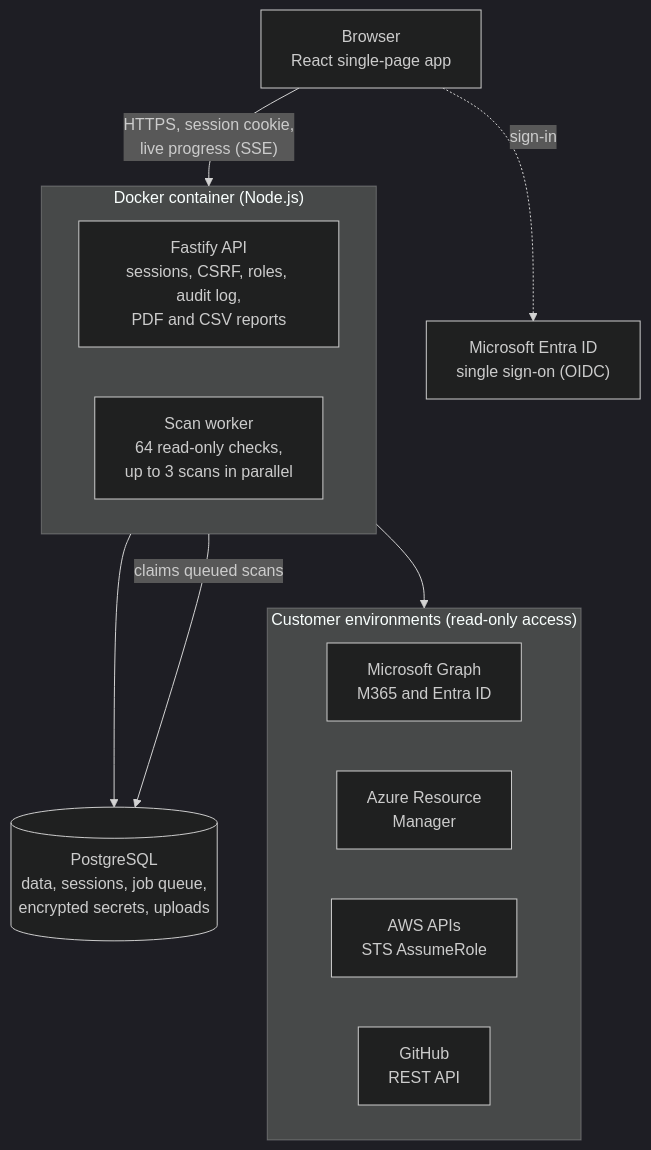
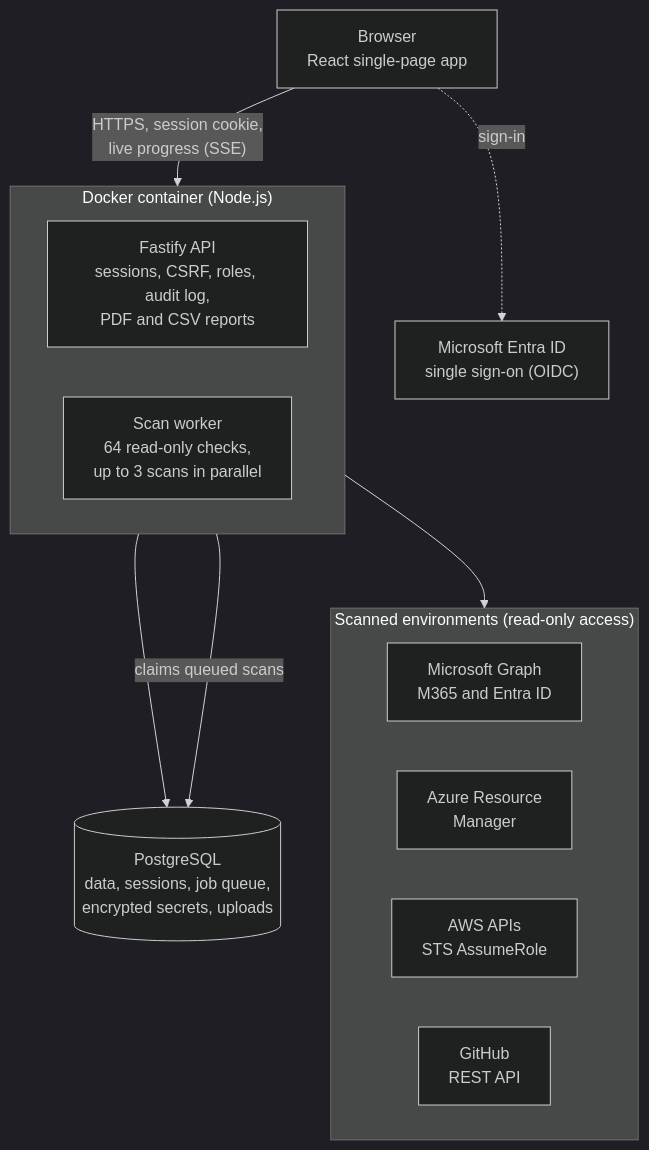
One commit to yopazerbot/security-quickscan changed the diagram in README.md. Above: the diagram before and after it, drawn with Mermaid (dark theme). The commit also changed other lines of this file and 45 other files, not shown here.

````diff
--- a/README.md
+++ b/README.md
@@ -229,23 +227,23 @@
 ```mermaid
 flowchart TB
   SPA["Browser<br/>React single-page app"]
   IDP["Microsoft Entra ID<br/>single sign-on (OIDC)"]
   subgraph Container["Docker container (Node.js)"]
     direction LR
     API["Fastify API<br/>sessions, CSRF, roles, audit log,<br/>PDF and CSV reports"]
     WRK["Scan worker<br/>64 read-only checks,<br/>up to 3 scans in parallel"]
   end
   DB[("PostgreSQL<br/>data, sessions, job queue,<br/>encrypted secrets, uploads")]
-  subgraph Customer["Customer environments (read-only access)"]
+  subgraph Scanned["Scanned environments (read-only access)"]
     direction LR
     GRAPH["Microsoft Graph<br/>M365 and Entra ID"]
     ARM["Azure Resource<br/>Manager"]
     AWS["AWS APIs<br/>STS AssumeRole"]
     GH["GitHub<br/>REST API"]
   end
   SPA -- "HTTPS, session cookie,<br/>live progress (SSE)" --> API
   SPA -. "sign-in" .-> IDP
   API --> DB
   WRK -- "claims queued scans" --> DB
-  WRK --> Customer
+  WRK --> Scanned
 ```
````
